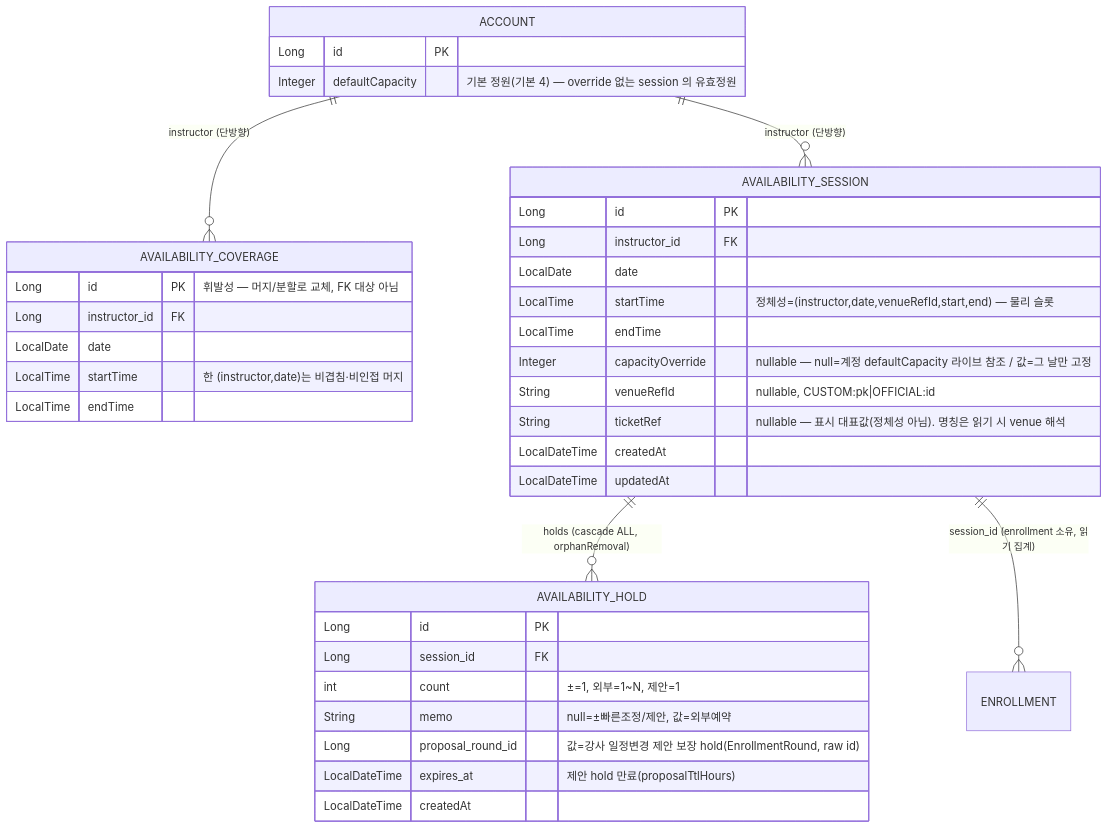
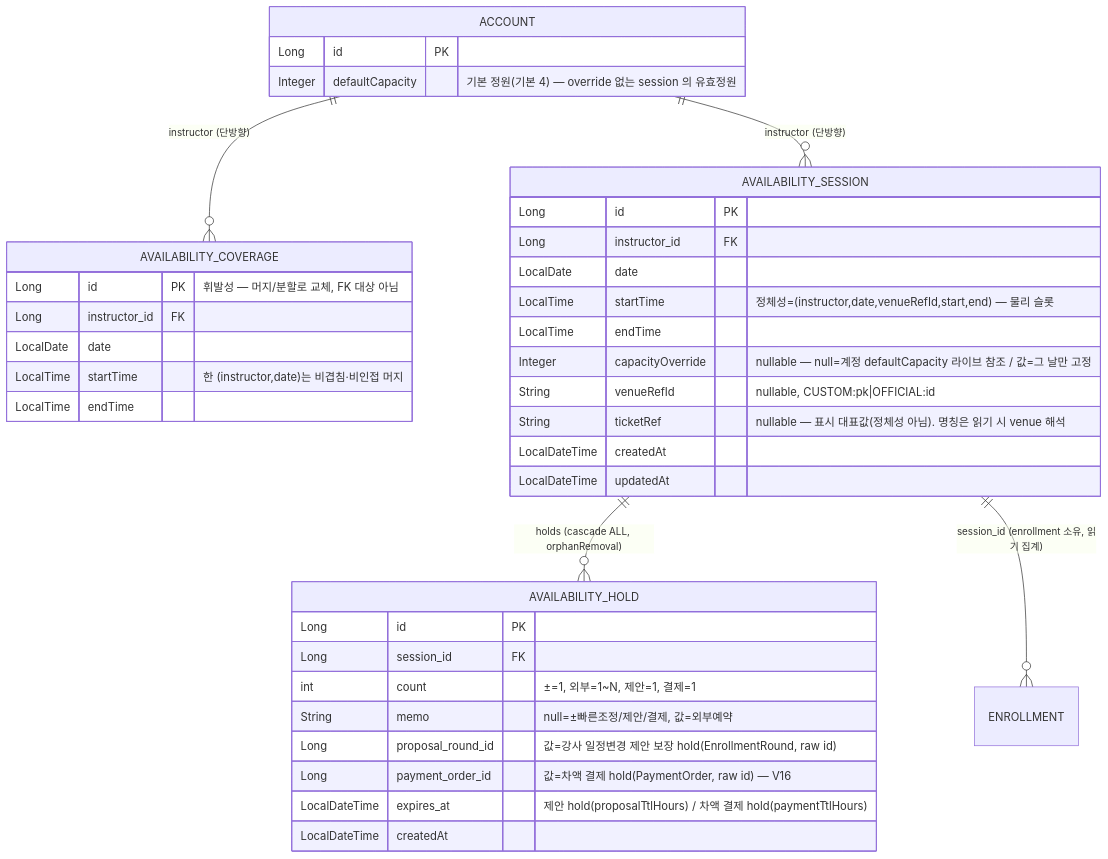
Before and after one commit to pungdong/Pungdong-Backend: the fifth of 5 diagrams in docs/architecture/availability.md, drawn with Mermaid. The commit also changed other lines of this file and 10 other files, not shown here.

````diff
--- a/docs/architecture/availability.md
+++ b/docs/architecture/availability.md
@@ -123,40 +123,41 @@
 ```mermaid
 erDiagram
   ACCOUNT ||--o{ AVAILABILITY_COVERAGE : "instructor (단방향)"
   ACCOUNT ||--o{ AVAILABILITY_SESSION : "instructor (단방향)"
   AVAILABILITY_SESSION ||--o{ AVAILABILITY_HOLD : "holds (cascade ALL, orphanRemoval)"
   AVAILABILITY_SESSION ||--o{ ENROLLMENT : "session_id (enrollment 소유, 읽기 집계)"
 
   ACCOUNT {
     Long id PK
     Integer defaultCapacity "기본 정원(기본 4) — override 없는 session 의 유효정원"
   }
   AVAILABILITY_COVERAGE {
     Long id PK "휘발성 — 머지/분할로 교체, FK 대상 아님"
     Long instructor_id FK
     LocalDate date
     LocalTime startTime "한 (instructor,date)는 비겹침·비인접 머지"
     LocalTime endTime
   }
   AVAILABILITY_SESSION {
     Long id PK
     Long instructor_id FK
     LocalDate date
     LocalTime startTime "정체성=(instructor,date,venueRefId,start,end) — 물리 슬롯"
     LocalTime endTime
     Integer capacityOverride "nullable — null=계정 defaultCapacity 라이브 참조 / 값=그 날만 고정"
     String venueRefId "nullable, CUSTOM:pk|OFFICIAL:id"
     String ticketRef "nullable — 표시 대표값(정체성 아님). 명칭은 읽기 시 venue 해석"
     LocalDateTime createdAt
     LocalDateTime updatedAt
   }
   AVAILABILITY_HOLD {
     Long id PK
     Long session_id FK
-    int count "±=1, 외부=1~N, 제안=1"
-    String memo "null=±빠른조정/제안, 값=외부예약"
+    int count "±=1, 외부=1~N, 제안=1, 결제=1"
+    String memo "null=±빠른조정/제안/결제, 값=외부예약"
     Long proposal_round_id "값=강사 일정변경 제안 보장 hold(EnrollmentRound, raw id)"
-    LocalDateTime expires_at "제안 hold 만료(proposalTtlHours)"
+    Long payment_order_id "값=차액 결제 hold(PaymentOrder, raw id) — V16"
+    LocalDateTime expires_at "제안 hold(proposalTtlHours) / 차액 결제 hold(paymentTtlHours)"
     LocalDateTime createdAt
   }
 ```
````
